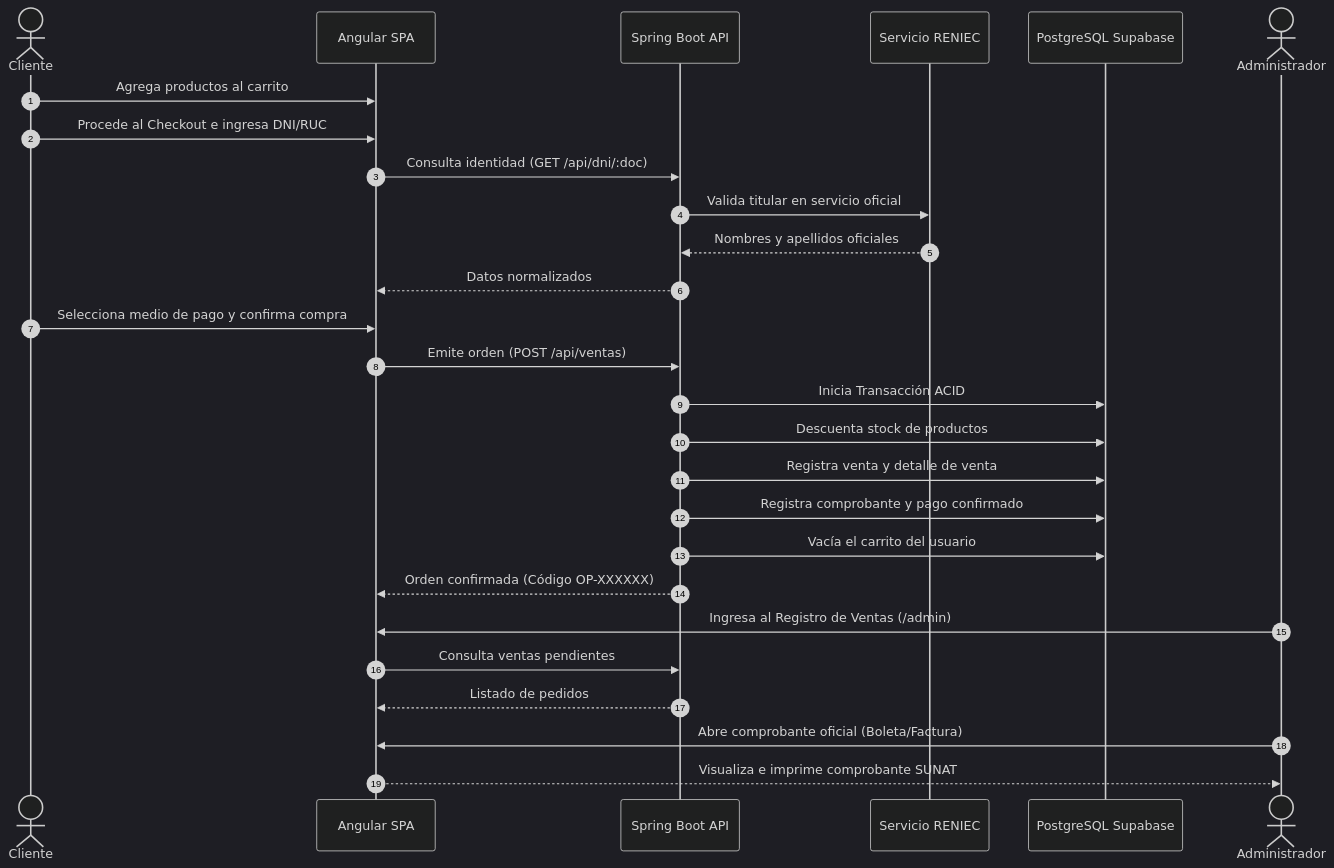
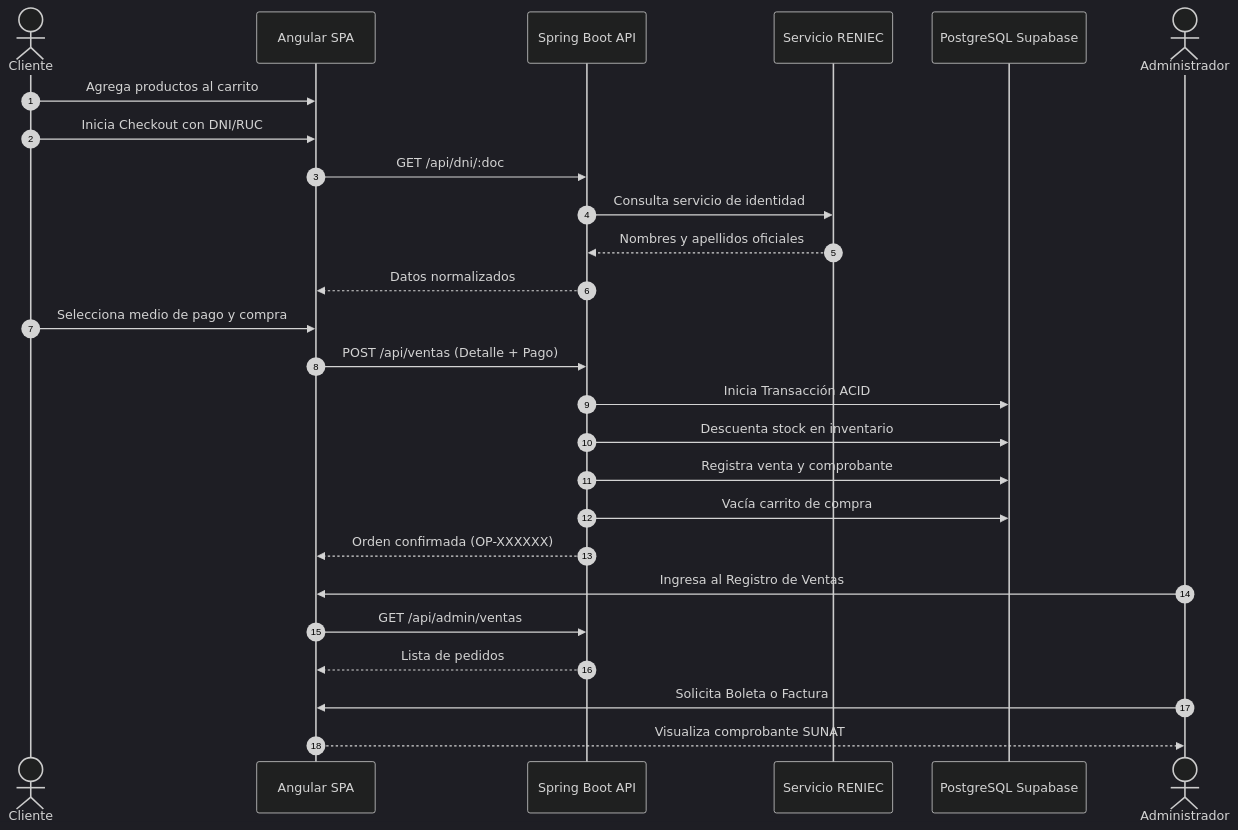
The second of 9 diagrams in README.md (MrCarlos17A/TechZone), drawn with Mermaid (dark theme) before and after one commit. The commit also changed other lines of this file, not shown here.

Commit message:
docs: solucion de diagramas README

````diff
--- a/README.md
+++ b/README.md
@@ -169,30 +169,29 @@
 ```mermaid
 sequenceDiagram
     autonumber
     actor Cliente as Cliente
     participant Front as Angular SPA
     participant Back as Spring Boot API
     participant RENIEC as Servicio RENIEC
     participant DB as PostgreSQL Supabase
     actor Admin as Administrador
 
     Cliente->>Front: Agrega productos al carrito
-    Cliente->>Front: Procede al Checkout e ingresa DNI/RUC
-    Front->>Back: Consulta identidad (GET /api/dni/:doc)
-    Back->>RENIEC: Valida titular en servicio oficial
+    Cliente->>Front: Inicia Checkout con DNI/RUC
+    Front->>Back: GET /api/dni/:doc
+    Back->>RENIEC: Consulta servicio de identidad
     RENIEC-->>Back: Nombres y apellidos oficiales
     Back-->>Front: Datos normalizados
-    Cliente->>Front: Selecciona medio de pago y confirma compra
-    Front->>Back: Emite orden (POST /api/ventas)
+    Cliente->>Front: Selecciona medio de pago y compra
+    Front->>Back: POST /api/ventas (Detalle + Pago)
     Back->>DB: Inicia Transacción ACID
-    Back->>DB: Descuenta stock de productos
-    Back->>DB: Registra venta y detalle de venta
-    Back->>DB: Registra comprobante y pago confirmado
-    Back->>DB: Vacía el carrito del usuario
-    Back-->>Front: Orden confirmada (Código OP-XXXXXX)
-    Admin->>Front: Ingresa al Registro de Ventas (/admin)
-    Front->>Back: Consulta ventas pendientes
-    Back-->>Front: Listado de pedidos
-    Admin->>Front: Abre comprobante oficial (Boleta/Factura)
-    Front-->>Admin: Visualiza e imprime comprobante SUNAT
+    Back->>DB: Descuenta stock en inventario
+    Back->>DB: Registra venta y comprobante
+    Back->>DB: Vacía carrito de compra
+    Back-->>Front: Orden confirmada (OP-XXXXXX)
+    Admin->>Front: Ingresa al Registro de Ventas
+    Front->>Back: GET /api/admin/ventas
+    Back-->>Front: Lista de pedidos
+    Admin->>Front: Solicita Boleta o Factura
+    Front-->>Admin: Visualiza comprobante SUNAT
 ```
````
